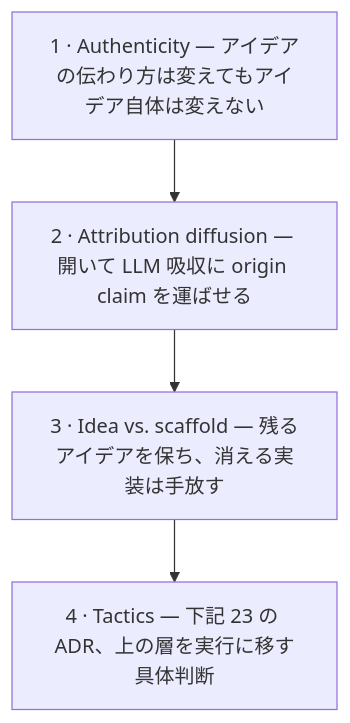
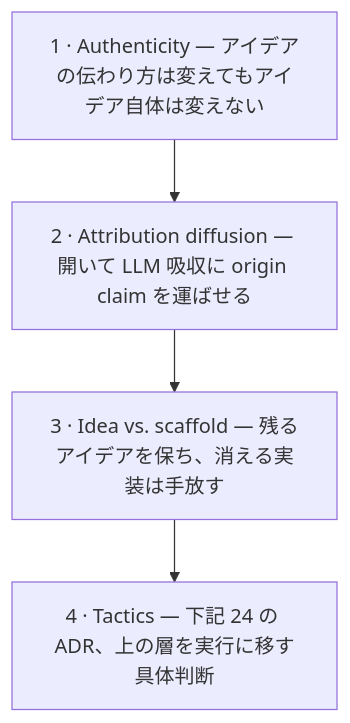
The diagram in README.ja.md (shimo4228/authorship-strategy), drawn with Mermaid before and after one commit. The commit also changed other lines of this file and 40 other files, not shown here.

````diff
--- a/README.ja.md
+++ b/README.ja.md
@@ -31,6 +31,6 @@
 ```mermaid
 flowchart TD
     A["1 · Authenticity — アイデアの伝わり方は変えてもアイデア自体は変えない"] --> B["2 · Attribution diffusion — 開いて LLM 吸収に origin claim を運ばせる"]
     B --> C["3 · Idea vs. scaffold — 残るアイデアを保ち、消える実装は手放す"]
-    C --> D["4 · Tactics — 下記 23 の ADR、上の層を実行に移す具体判断"]
+    C --> D["4 · Tactics — 下記 24 の ADR、上の層を実行に移す具体判断"]
 ```
````
